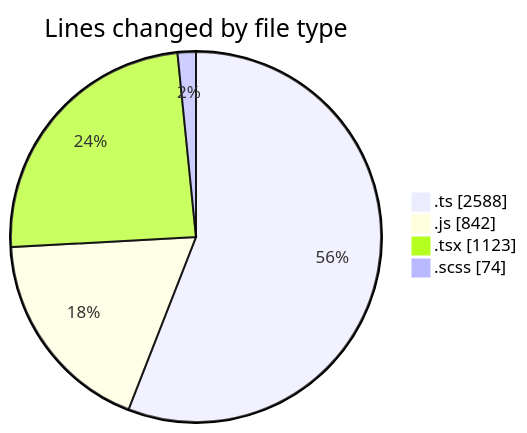
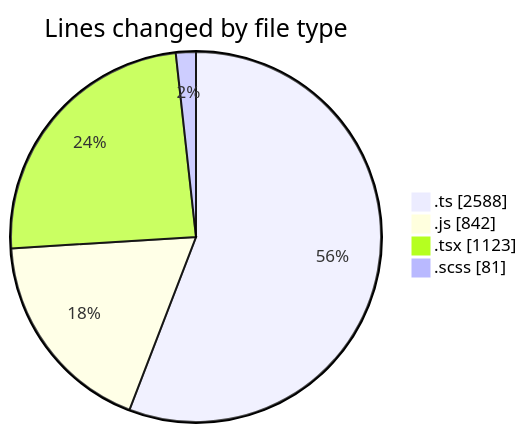
Before and after one commit to momahboobian/code-tracking: the first of 2 diagrams in 2026-08-19/cda/README.md, drawn with Mermaid. The commit also changed other lines of this file and 1 other file, not shown here.

````diff
--- a/2026-08-19/cda/README.md
+++ b/2026-08-19/cda/README.md
@@ -40,8 +40,8 @@
 ```mermaid
 pie showData
 title Lines changed by file type
 ".ts" : 2588
 ".js" : 842
 ".tsx" : 1123
-".scss" : 74
+".scss" : 81
 ```
````
